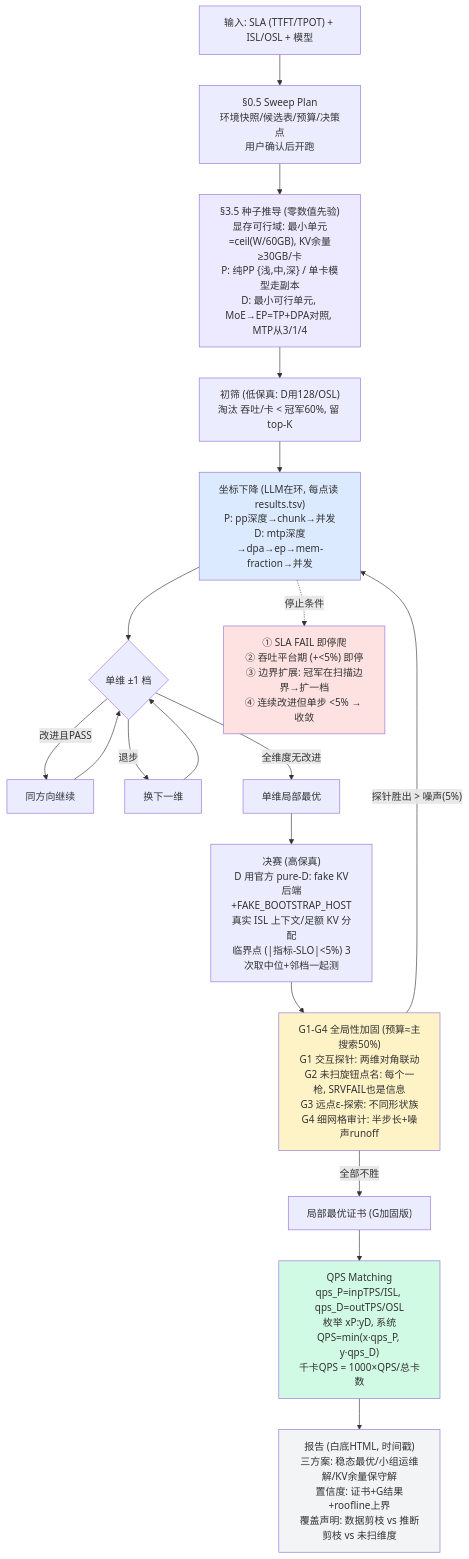
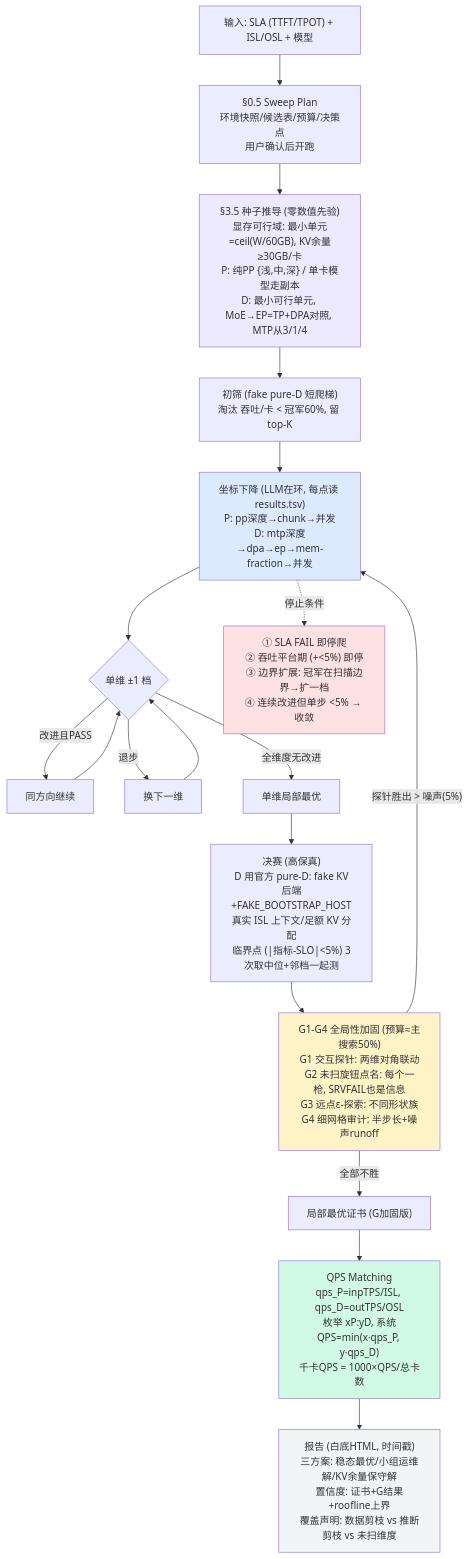
Before and after one commit to davilu-nvidia/pro5k_agentic_config_sweep: the first of 2 diagrams in PIPELINE.md, drawn with Mermaid. The commit also changed other lines of this file and 5 other files, not shown here.

````diff
--- a/PIPELINE.md
+++ b/PIPELINE.md
@@ -5,32 +5,32 @@
 ```mermaid
 flowchart TB
     A["输入: SLA (TTFT/TPOT) + ISL/OSL + 模型"] --> PLAN["§0.5 Sweep Plan<br/>环境快照/候选表/预算/决策点<br/>用户确认后开跑"]
     PLAN --> SEED["§3.5 种子推导 (零数值先验)<br/>显存可行域: 最小单元=ceil(W/60GB), KV余量≥30GB/卡<br/>P: 纯PP {浅,中,深} / 单卡模型走副本<br/>D: 最小可行单元, MoE→EP=TP+DPA对照, MTP从3/1/4"]
 
-    SEED --> SCREEN["初筛 (低保真: D用128/OSL)<br/>淘汰 吞吐/卡 < 冠军60%, 留 top-K"]
+    SEED --> SCREEN["初筛 (fake pure-D 短爬梯)<br/>淘汰 吞吐/卡 < 冠军60%, 留 top-K"]
 
     SCREEN --> CD["坐标下降 (LLM在环, 每点读 results.tsv)<br/>P: pp深度→chunk→并发<br/>D: mtp深度→dpa→ep→mem-fraction→并发"]
     CD --> CDRULE{"单维 ±1 档"}
     CDRULE -->|"改进且PASS"| CD2["同方向继续"] --> CDRULE
     CDRULE -->|"退步"| CD3["换下一维"] --> CDRULE
     CDRULE -->|"全维度无改进"| LOCAL["单维局部最优"]
 
     CD -.停止条件.-> STOPS["① SLA FAIL 即停爬<br/>② 吞吐平台期 (+<5%) 即停<br/>③ 边界扩展: 冠军在扫描边界→扩一档<br/>④ 连续改进但单步 <5% → 收敛"]
 
     LOCAL --> FINAL["决赛 (高保真)<br/>D 用官方 pure-D: fake KV后端+FAKE_BOOTSTRAP_HOST<br/>真实 ISL 上下文/足额 KV 分配<br/>临界点 (|指标-SLO|<5%) 3次取中位+邻档一起测"]
 
     FINAL --> G["G1-G4 全局性加固 (预算≈主搜索50%)<br/>G1 交互探针: 两维对角联动<br/>G2 未扫旋钮点名: 每个一枪, SRVFAIL也是信息<br/>G3 远点ε-探索: 不同形状族<br/>G4 细网格审计: 半步长+噪声runoff"]
     G -->|"探针胜出 > 噪声(5%)"| CD
     G -->|"全部不胜"| CERT["局部最优证书 (G加固版)"]
 
     CERT --> MATCH["QPS Matching<br/>qps_P=inpTPS/ISL, qps_D=outTPS/OSL<br/>枚举 xP:yD, 系统QPS=min(x·qps_P, y·qps_D)<br/>千卡QPS = 1000×QPS/总卡数"]
 
     MATCH --> REPORT["报告 (白底HTML, 时间戳)<br/>三方案: 稳态最优/小组运维解/KV余量保守解<br/>置信度: 证书+G结果+roofline上界<br/>覆盖声明: 数据剪枝 vs 推断剪枝 vs 未扫维度"]
 
     style SEED fill:#ede9fe
     style CD fill:#dbeafe
     style G fill:#fef3c7
     style MATCH fill:#d1fae5
     style REPORT fill:#f3f4f6
     style STOPS fill:#fee2e2
 ```
````
